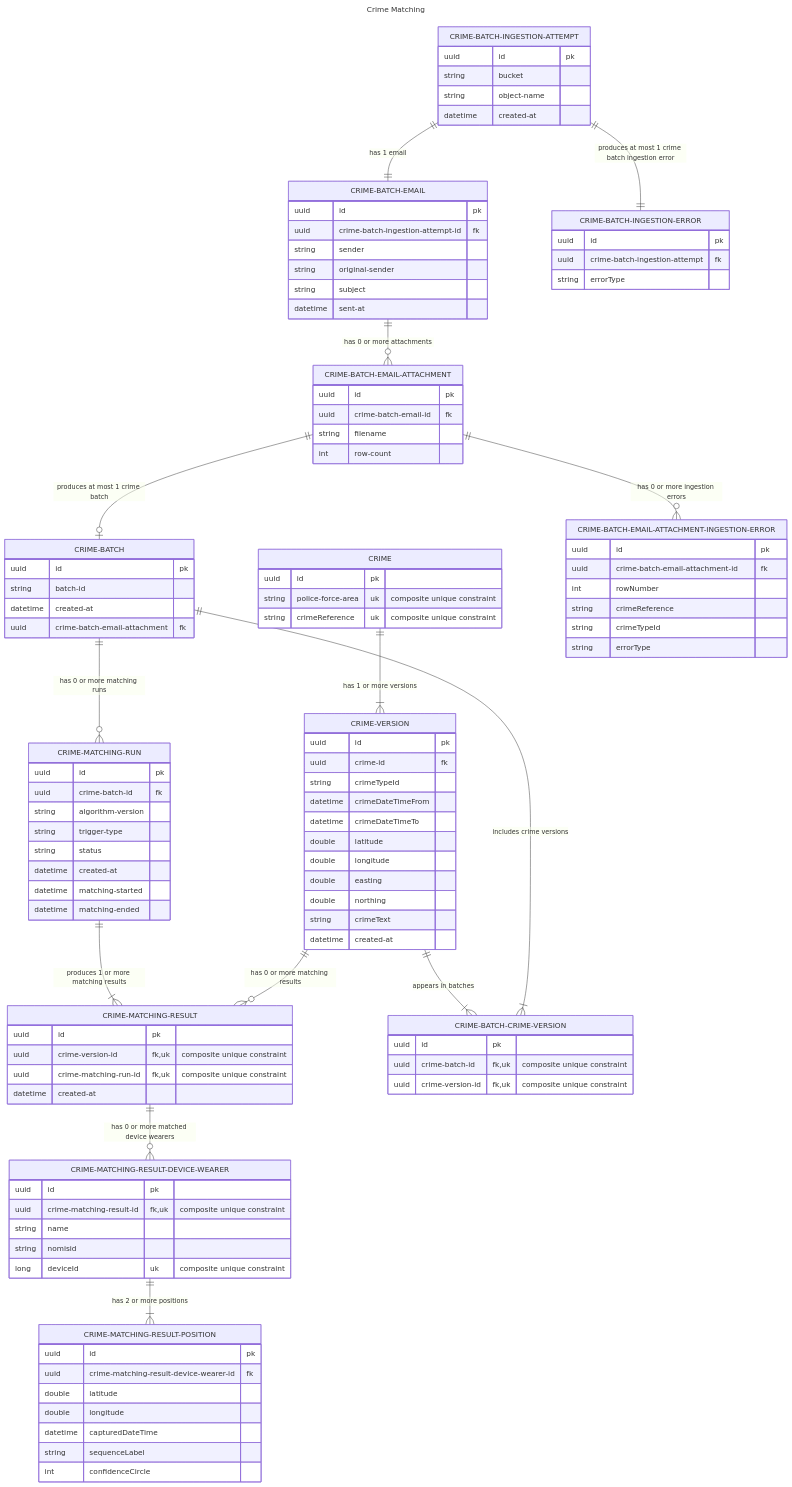
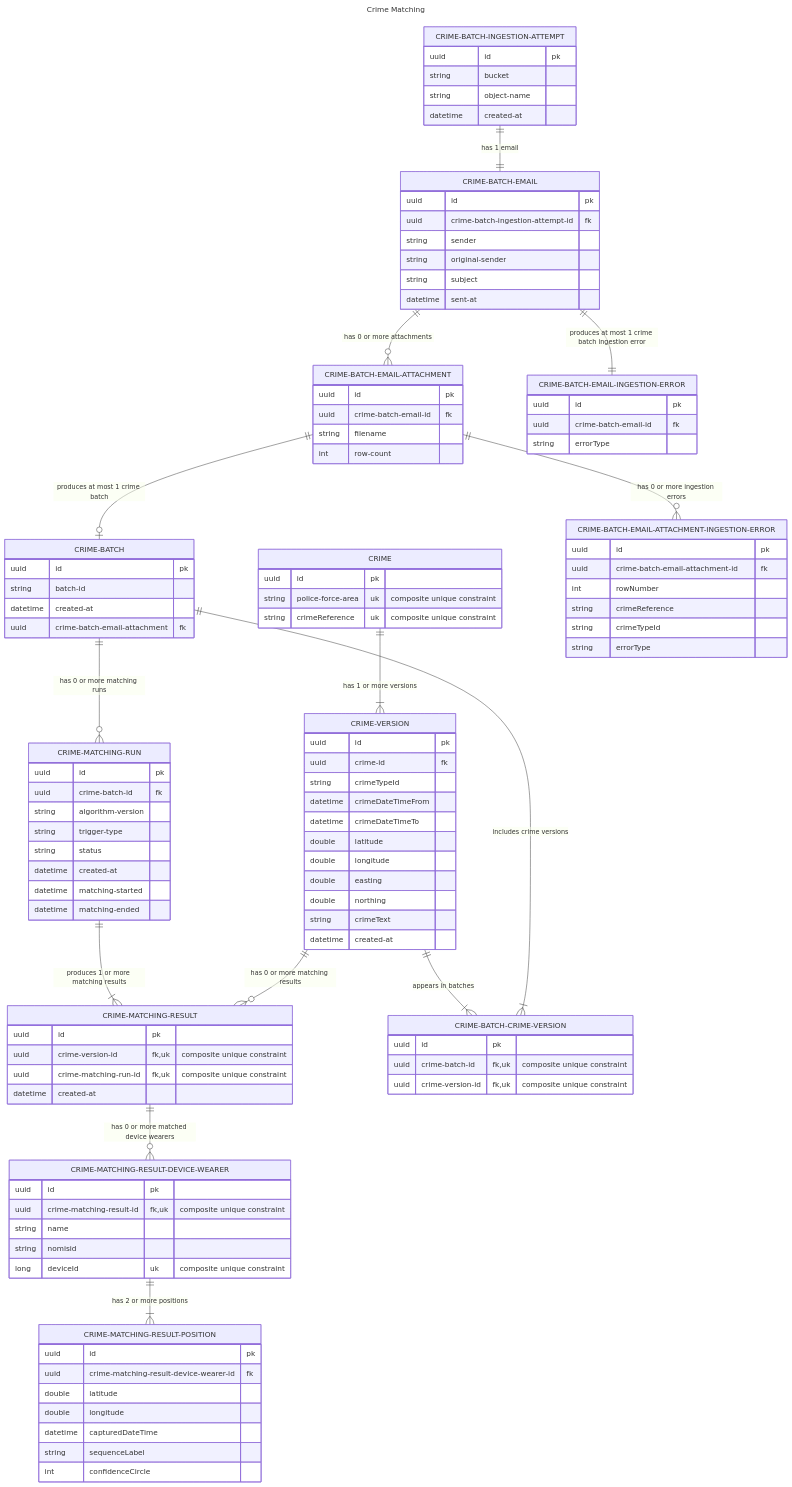
The diagram in docs/model.mmd (ministryofjustice/hmpps-electronic-monitoring-crime-matching-api), drawn with Mermaid before and after one commit. The commit also changed 21 other files, not shown here.

Commit message:
Refactoring crime batch ingestion errors to separate error types for attachments and emails/process

```diff
--- a/docs/model.mmd
+++ b/docs/model.mmd
@@ -1,129 +1,129 @@
 ---
 title: Crime Matching
 ---
 erDiagram
     %% Domain
     CRIME 1 to 1+ CRIME-VERSION : "has 1 or more versions"
     CRIME-VERSION 1 to 0+ CRIME-MATCHING-RESULT : "has 0 or more matching results"
     CRIME-BATCH 1 to 1+ CRIME-BATCH-CRIME-VERSION : "includes crime versions"
     CRIME-VERSION 1 to 1+ CRIME-BATCH-CRIME-VERSION : "appears in batches"
 
     %% Ingestion
     CRIME-BATCH-EMAIL-ATTACHMENT 1 to zero or one CRIME-BATCH : "produces at most 1 crime batch"
     CRIME-BATCH-INGESTION-ATTEMPT 1 to 1 CRIME-BATCH-EMAIL : "has 1 email"
     CRIME-BATCH-EMAIL 1 to 0+ CRIME-BATCH-EMAIL-ATTACHMENT : "has 0 or more attachments"
     CRIME-BATCH-EMAIL-ATTACHMENT 1 to zero or more CRIME-BATCH-EMAIL-ATTACHMENT-INGESTION-ERROR : "has 0 or more ingestion errors"
-    CRIME-BATCH-INGESTION-ATTEMPT 1 to 1 CRIME-BATCH-INGESTION-ERROR : "produces at most 1 crime batch ingestion error"
+    CRIME-BATCH-EMAIL 1 to 1 CRIME-BATCH-EMAIL-INGESTION-ERROR : "produces at most 1 crime batch ingestion error"
 
     %% Matching
     CRIME-BATCH 1 to 0+ CRIME-MATCHING-RUN : "has 0 or more matching runs"
     CRIME-MATCHING-RUN 1 to 1+ CRIME-MATCHING-RESULT : "produces 1 or more matching results"
     CRIME-MATCHING-RESULT 1 to 0+ CRIME-MATCHING-RESULT-DEVICE-WEARER : "has 0 or more matched device wearers"
     CRIME-MATCHING-RESULT-DEVICE-WEARER 1 to 1+ CRIME-MATCHING-RESULT-POSITION : "has 2 or more positions"
 
     CRIME-BATCH {
         uuid id pk
         string batch-id
         datetime created-at
         uuid crime-batch-email-attachment fk
     }
 
     CRIME-BATCH-CRIME-VERSION {
         uuid id pk
         uuid crime-batch-id fk, uk "composite unique constraint"
         uuid crime-version-id fk, uk "composite unique constraint"
     }
 
     CRIME-BATCH-INGESTION-ATTEMPT {
         uuid id pk
         string bucket
         string object-name
         datetime created-at
     }
 
-    CRIME-BATCH-INGESTION-ERROR {
+    CRIME-BATCH-EMAIL-INGESTION-ERROR  {
         uuid id pk
-        uuid crime-batch-ingestion-attempt fk
+        uuid crime-batch-email-id fk
         string errorType
     }
 
     CRIME-BATCH-EMAIL {
         uuid id pk
         uuid crime-batch-ingestion-attempt-id fk
         string sender
         string original-sender
         string subject
         datetime sent-at
     }
 
     CRIME-BATCH-EMAIL-ATTACHMENT {
         uuid id pk
         uuid crime-batch-email-id fk
         string filename
         int row-count
     }
 
     CRIME-BATCH-EMAIL-ATTACHMENT-INGESTION-ERROR {
         uuid id pk
         uuid crime-batch-email-attachment-id fk
         int rowNumber
         string crimeReference
         string crimeTypeId
         string errorType
     }
 
     CRIME {
         uuid id pk
         string police-force-area uk "composite unique constraint"
         string crimeReference uk "composite unique constraint"
     }
 
     CRIME-VERSION {
         uuid id pk
         uuid crime-id fk
         string crimeTypeId
         datetime crimeDateTimeFrom
         datetime crimeDateTimeTo
         double latitude
         double longitude
         double easting
         double northing
         string crimeText
         datetime created-at
     }
 
     CRIME-MATCHING-RUN {
         uuid id pk
         uuid crime-batch-id fk
         string algorithm-version
         string trigger-type
         string status
         datetime created-at
         datetime matching-started
         datetime matching-ended
     }
 
     CRIME-MATCHING-RESULT {
         uuid id pk
         uuid crime-version-id fk, uk "composite unique constraint"
         uuid crime-matching-run-id fk, uk "composite unique constraint"
         datetime created-at
     }
 
     CRIME-MATCHING-RESULT-DEVICE-WEARER {
         uuid id pk
         uuid crime-matching-result-id fk, uk "composite unique constraint"
         string name
         string nomisid
         long deviceId uk "composite unique constraint"
     }
 
     CRIME-MATCHING-RESULT-POSITION {
         uuid id pk
         uuid crime-matching-result-device-wearer-id fk
         double latitude
         double longitude
         datetime capturedDateTime
         string sequenceLabel
         int confidenceCircle
     }
```
